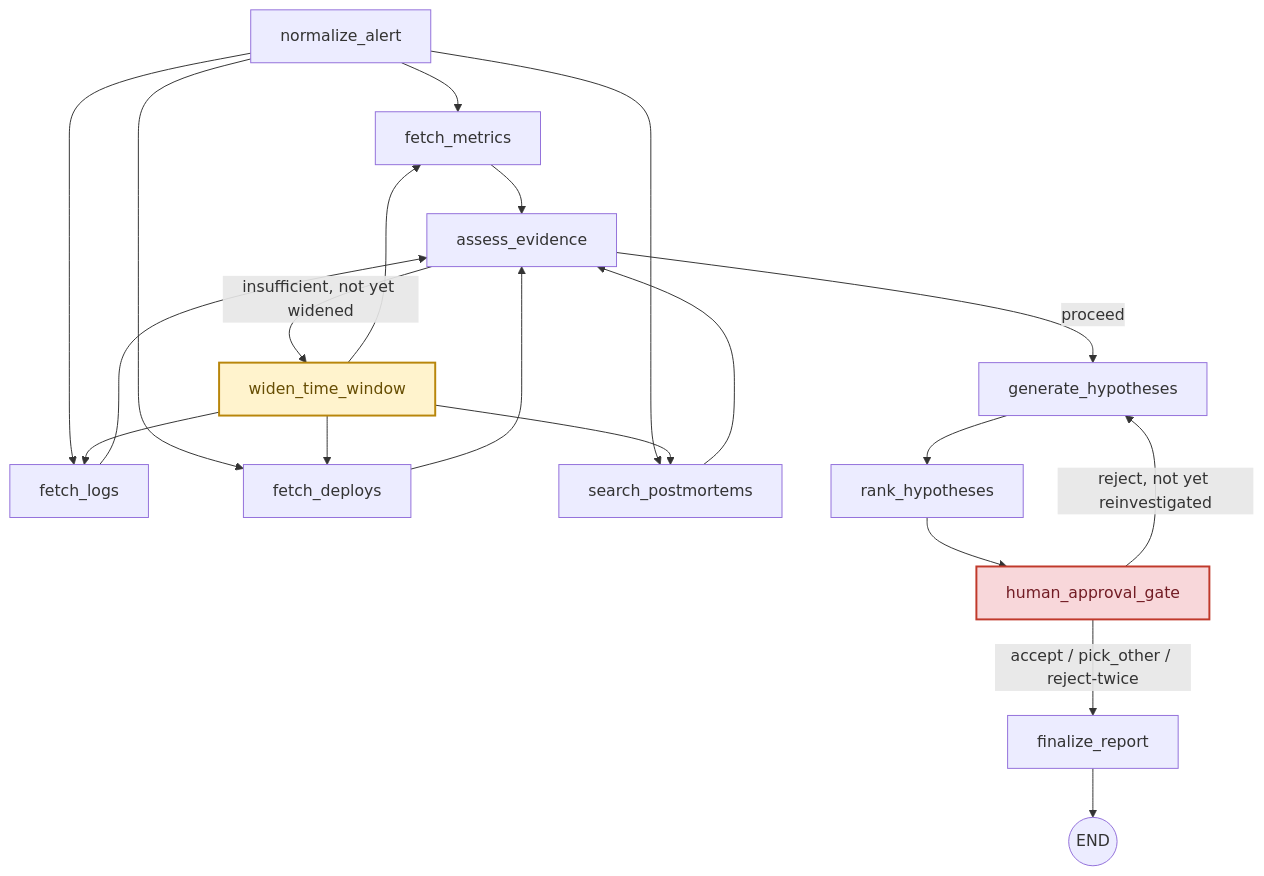
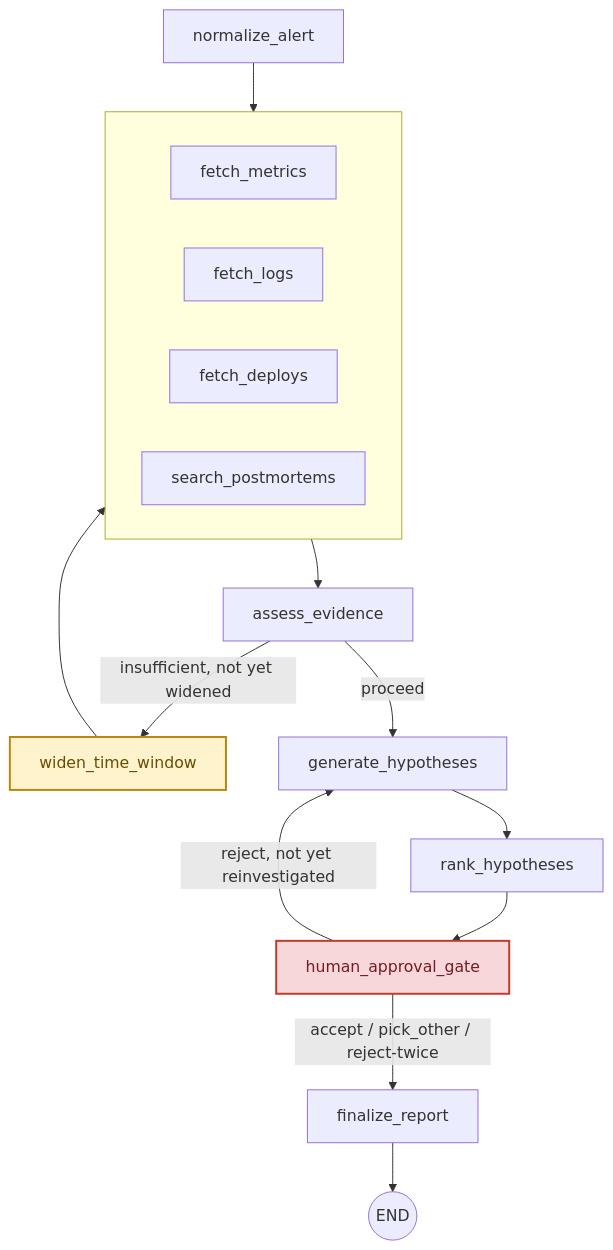
One commit to sankarchidam/triagegraph changed the diagram in README.md. Above: the diagram before and after it, drawn with Mermaid. The commit also changed other lines of this file, not shown here.

Commit message:
Fix architecture diagram: group the fan-out/fan-in to stop misleading crossing
User caught that the rendered diagram made it look like only fetch_metrics
fed assess_evidence -- the mermaid *source* was already correct (all 4
fetch nodes -> assess_evidence, verified again against build_graph.py),
but rendered with 8 near-parallel edges (4 fan-out from normalize_alert/
widen_time_window, 4 fan-in to assess_evidence) crossing through the same
cramped space, only fetch_metrics's edge read as an obvious clean line.

Confirmed by actually rendering both versions locally with mermaid-cli
(not just eyeballing markdown source) -- the flat 8-edge version really
does look ambiguous; grouping the four fetch nodes into an unlabeled
subgraph collapses the fan-out/fan-in into one clean edge each direction
and removes the crossing entirely. Added a caption noting the group is a
legibility simplification, not a change in the actual per-node edges
(those still exist individually in graph/build_graph.py).

````diff
--- a/README.md
+++ b/README.md
@@ -29,25 +29,25 @@
 ```mermaid
 flowchart TD
-    normalize_alert --> fetch_metrics
-    normalize_alert --> fetch_logs
-    normalize_alert --> fetch_deploys
-    normalize_alert --> search_postmortems
-    widen_time_window --> fetch_metrics
-    widen_time_window --> fetch_logs
-    widen_time_window --> fetch_deploys
-    widen_time_window --> search_postmortems
-    fetch_metrics --> assess_evidence
-    fetch_logs --> assess_evidence
-    fetch_deploys --> assess_evidence
-    search_postmortems --> assess_evidence
+    normalize_alert --> fanout
+
+    subgraph fanout[" "]
+        direction LR
+        fetch_metrics
+        fetch_logs
+        fetch_deploys
+        search_postmortems
+    end
+
+    fanout --> assess_evidence
     assess_evidence -- insufficient, not yet widened --> widen_time_window
+    widen_time_window --> fanout
     assess_evidence -- proceed --> generate_hypotheses
     generate_hypotheses --> rank_hypotheses
     rank_hypotheses --> human_approval_gate
     human_approval_gate -- reject, not yet reinvestigated --> generate_hypotheses
     human_approval_gate -- accept / pick_other / reject-twice --> finalize_report
     finalize_report --> END((END))
 
     style human_approval_gate fill:#f8d7da,stroke:#c0392b,stroke-width:2px,color:#721c24
     style widen_time_window fill:#fff3cd,stroke:#b8860b,stroke-width:2px,color:#664d03
 ```
````
